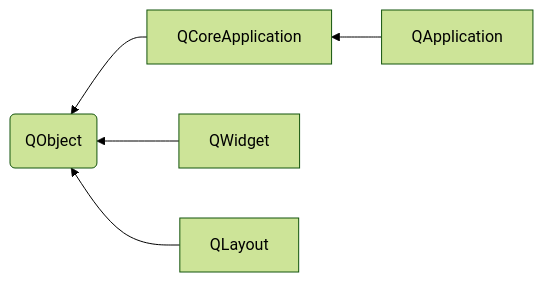
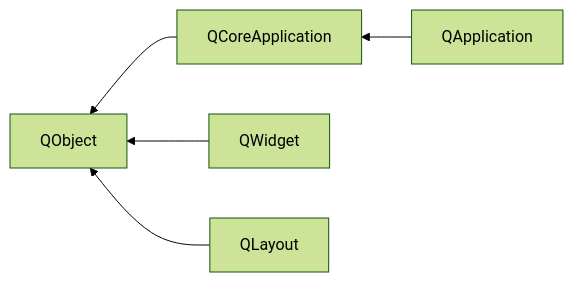
One commit to joyous-x/blog changed the diagram in blog_raw/blog/platform/program_qt_base.md. Above: the diagram before and after it, drawn with Mermaid (forest theme). The commit also changed other lines of this file, not shown here.

Commit message:
fix: update qt

````diff
--- a/blog_raw/blog/platform/program_qt_base.md
+++ b/blog_raw/blog/platform/program_qt_base.md
@@ -166,7 +166,7 @@
 ```mermaid
-graph RL;
-  QApplication --> QCoreApplication
-  QCoreApplication --> R(QObject); 
-  QWidget --> R;
-  QLayout --> R;
+graph RL
+  QApplication --> QCoreApplication;
+  QCoreApplication --> QObject; 
+  QWidget --> QObject;
+  QLayout --> QObject;
 ```
````
